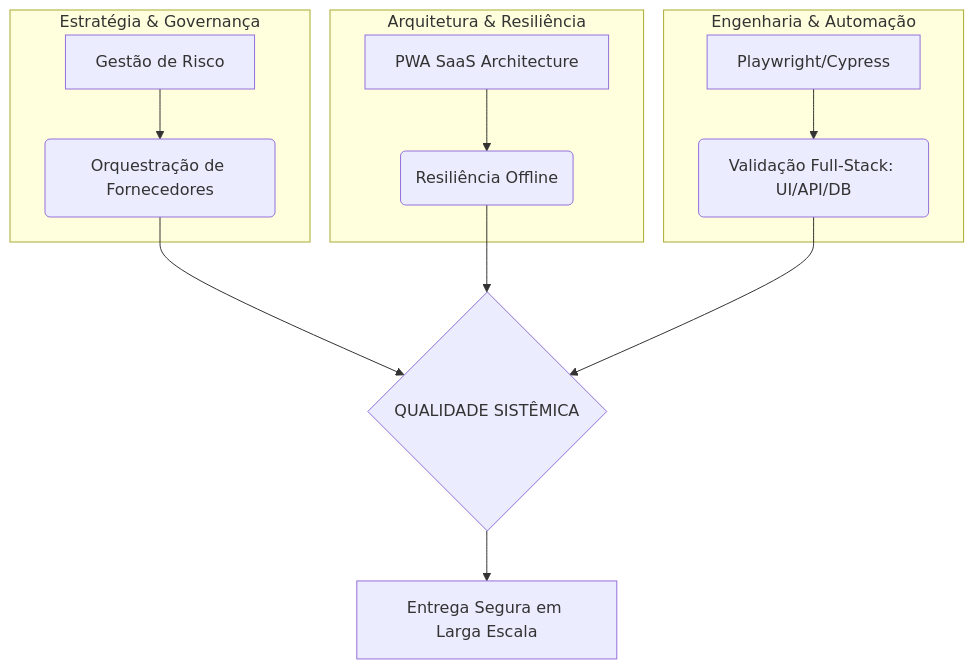
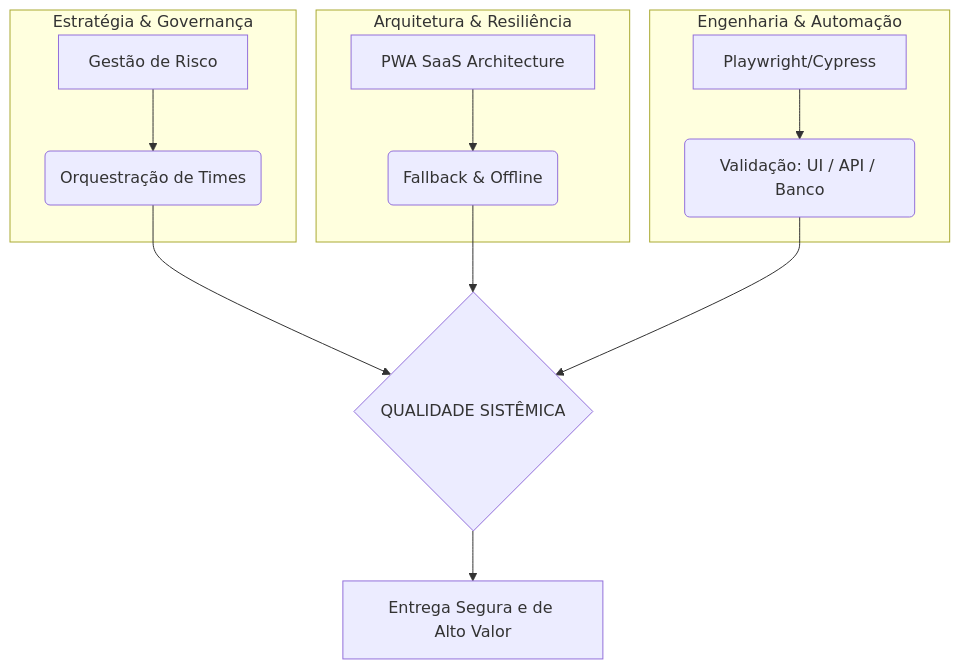
One commit to kassiorochas/system-quality-framework changed the diagram in README.md. Above: the diagram before and after it, drawn with Mermaid. The commit also changed other lines of this file and 7 other files, not shown here.

````diff
--- a/README.md
+++ b/README.md
@@ -40,17 +43,17 @@
 ```mermaid
 flowchart TD
-    subgraph Pilar_1 [Estratégia & Governança]
-    A[Gestão de Risco] --> B(Orquestração de Fornecedores)
+    subgraph P1 [Estratégia & Governança]
+    A[Gestão de Risco] --> B(Orquestração de Times)
     end
     
-    subgraph Pilar_2 [Arquitetura & Resiliência]
-    C[PWA SaaS Architecture] --> D(Resiliência Offline)
+    subgraph P2 [Arquitetura & Resiliência]
+    C[PWA SaaS Architecture] --> D(Fallback & Offline)
     end
     
-    subgraph Pilar_3 [Engenharia & Automação]
-    E[Playwright/Cypress] --> F(Validação Full-Stack: UI/API/DB)
+    subgraph P3 [Engenharia & Automação]
+    E[Playwright/Cypress] --> F(Validação: UI / API / Banco)
     end
     
     B & D & F --> G{QUALIDADE SISTÊMICA}
-    G --> H[Entrega Segura em Larga Escala]
+    G --> H[Entrega Segura e de Alto Valor]
 ```
````
